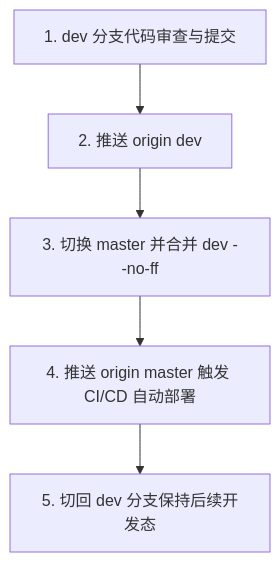
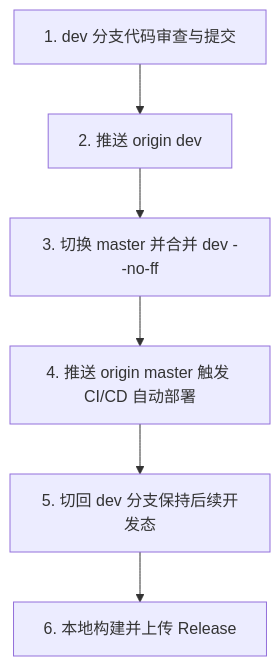
Before and after one commit to Nodewebzsz/oci-pool: the diagram in AGENTS.md, drawn with Mermaid. The commit also changed other lines of this file and 4 other files, not shown here.

````diff
--- a/AGENTS.md
+++ b/AGENTS.md
@@ -50,7 +50,8 @@
 ```mermaid
 flowchart TD
     A[1. dev 分支代码审查与提交] --> B[2. 推送 origin dev]
     B --> C[3. 切换 master 并合并 dev --no-ff]
     C --> D[4. 推送 origin master 触发 CI/CD 自动部署]
     D --> E[5. 切回 dev 分支保持后续开发态]
+    E --> F[6. 本地构建并上传 Release]
 ```
````
